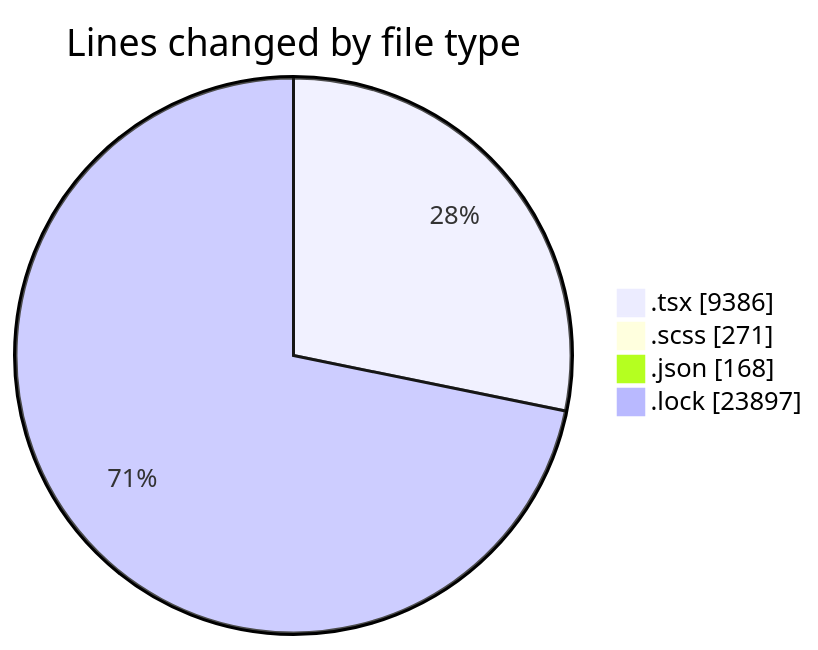
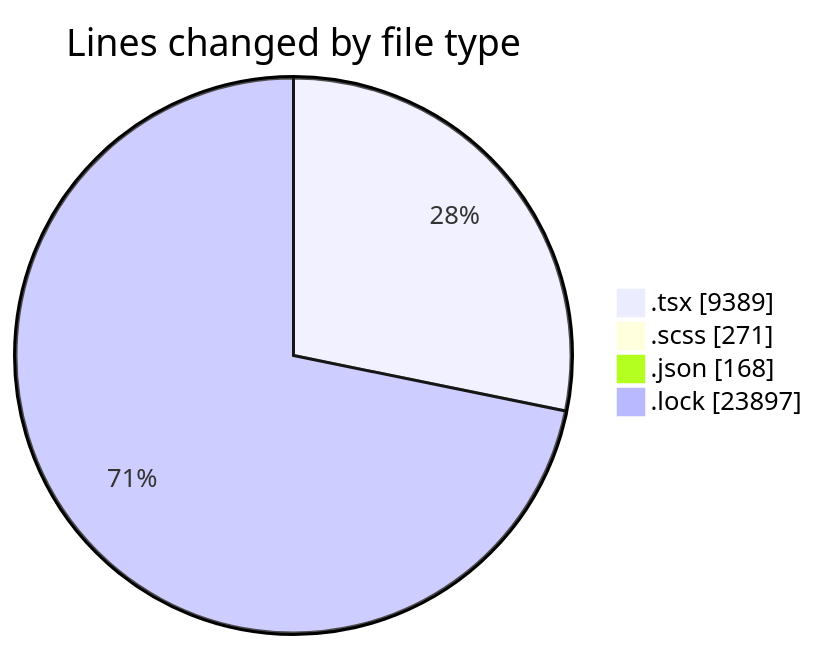
The first of 2 diagrams in 2025-11-18/cda/README.md (momahboobian/code-tracking), drawn with Mermaid before and after one commit. The commit also changed other lines of this file and 1 other file, not shown here.

````diff
--- a/2025-11-18/cda/README.md
+++ b/2025-11-18/cda/README.md
@@ -38,8 +38,8 @@
 ```mermaid
 pie showData
 title Lines changed by file type
-".tsx" : 9386
+".tsx" : 9389
 ".scss" : 271
 ".json" : 168
 ".lock" : 23897
 ```
````
